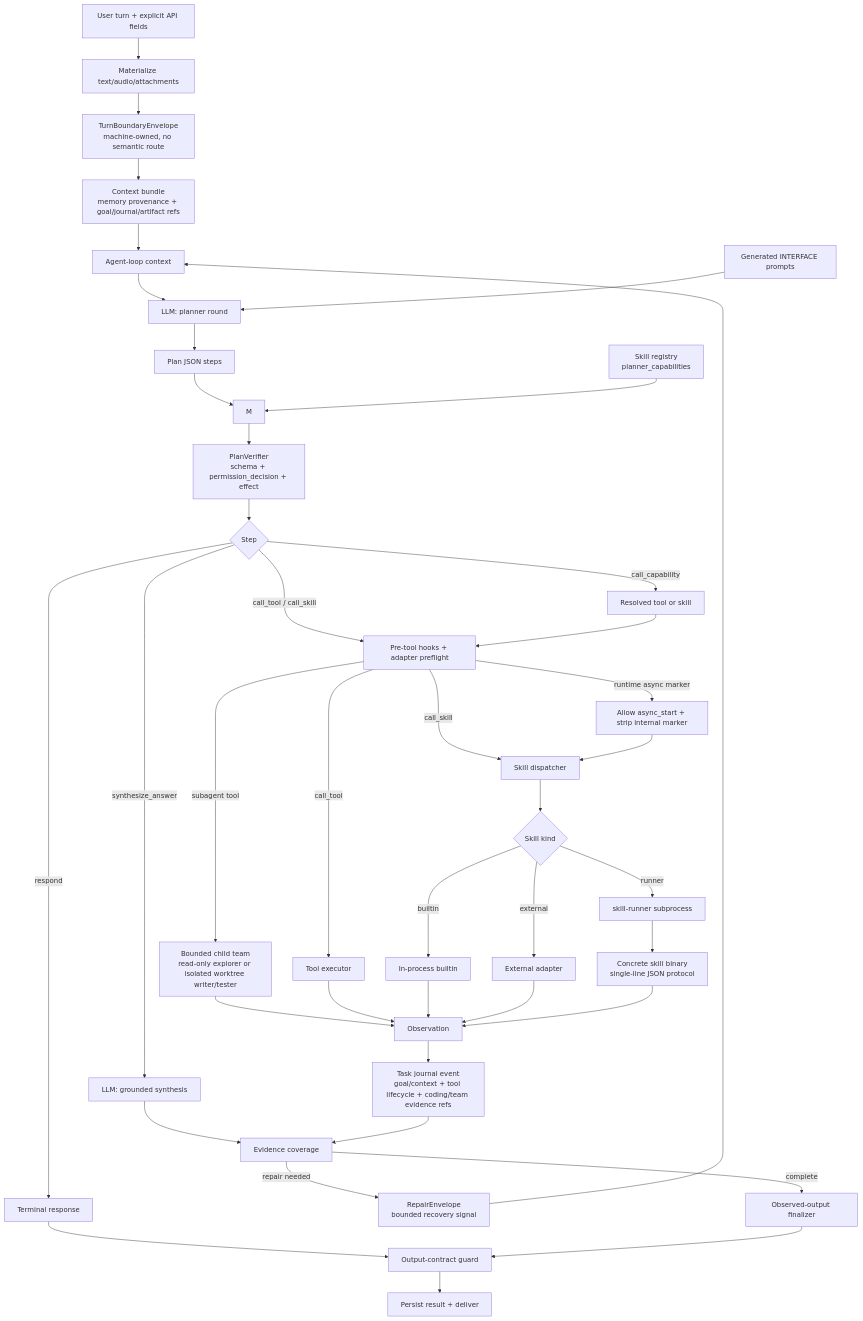
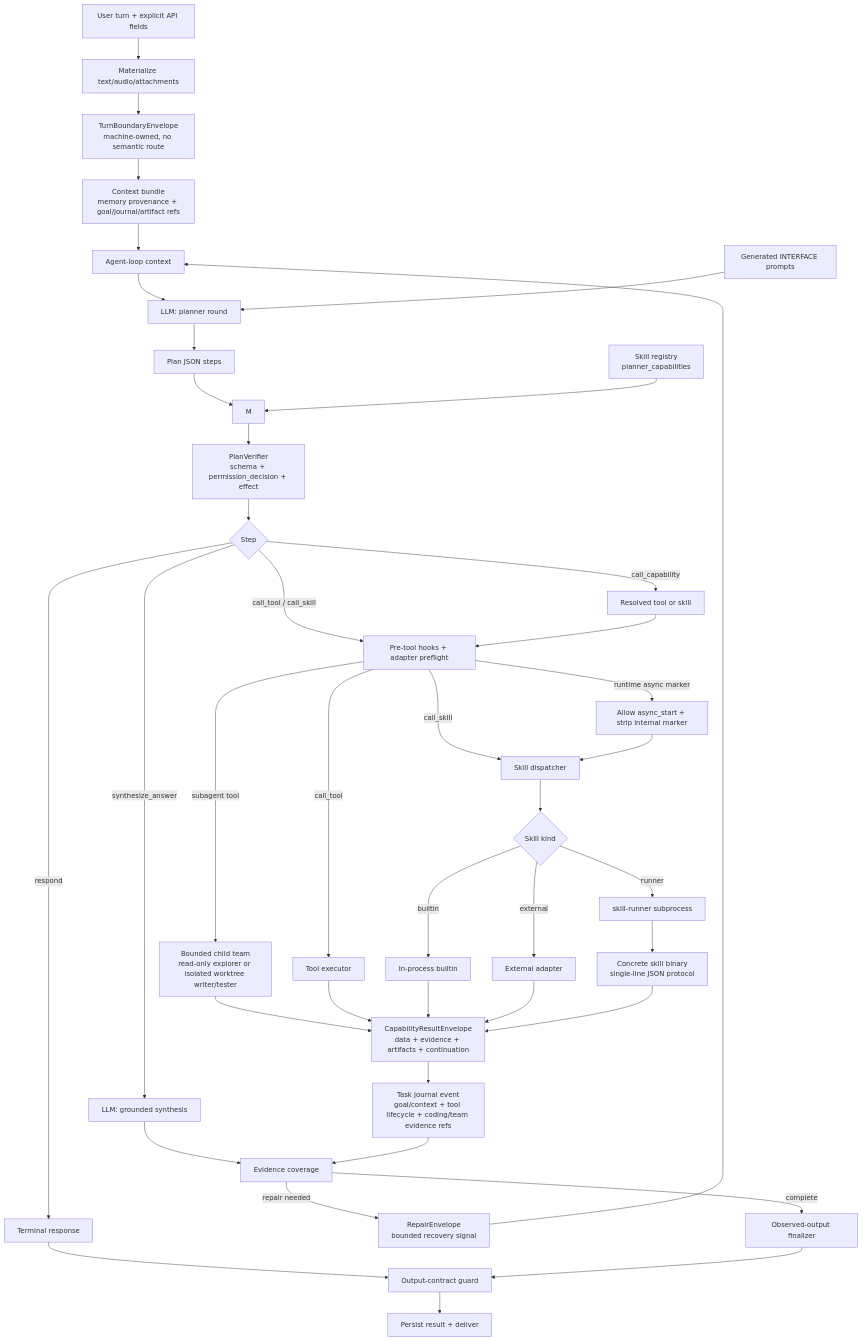
Before and after one commit to MatrixCoreX/RustClaw: the second of 17 diagrams in README.md, drawn with Mermaid. The commit also changed other lines of this file and 208 other files, not shown here.

````diff
--- a/README.md
+++ b/README.md
@@ -115,43 +115,43 @@
 ```mermaid
 flowchart TD
     A[User turn + explicit API fields] --> B[Materialize text/audio/attachments]
     B --> C[TurnBoundaryEnvelope<br/>machine-owned, no semantic route]
     C --> D[Context bundle<br/>memory provenance + goal/journal/artifact refs]
     D --> G[Agent-loop context]
     G --> K[LLM: planner round]
     K --> L[Plan JSON steps]
     L --> M
     N[Skill registry<br/>planner_capabilities] --> M
     O[Generated INTERFACE prompts] --> K
     M --> P[PlanVerifier<br/>schema + permission_decision + effect]
     P --> Q{Step}
     Q -->|call_capability| R[Resolved tool or skill]
     Q -->|call_tool / call_skill| QA[Pre-tool hooks + adapter preflight]
     R --> QA
     QA -->|runtime async marker| AR[Allow async_start + strip internal marker]
     QA -->|subagent tool| SS[Bounded child team<br/>read-only explorer or isolated worktree writer/tester]
     QA -->|call_tool| S[Tool executor]
     QA -->|call_skill| T[Skill dispatcher]
     AR --> T
     T --> U{Skill kind}
     U -->|builtin| V[In-process builtin]
     U -->|external| W[External adapter]
     U -->|runner| X[skill-runner subprocess]
     X --> Y[Concrete skill binary<br/>single-line JSON protocol]
     SS --> Z
-    S --> Z[Observation]
+    S --> Z[CapabilityResultEnvelope<br/>data + evidence + artifacts + continuation]
     V --> Z
     W --> Z
     Y --> Z
     Z --> ZEV[Task journal event<br/>goal/context + tool lifecycle + coding/team evidence refs]
     Q -->|synthesize_answer| ZA[LLM: grounded synthesis]
     Q -->|respond| ZB[Terminal response]
     ZA --> ZC[Evidence coverage]
     ZEV --> ZC
     ZC -->|repair needed| ZR[RepairEnvelope<br/>bounded recovery signal]
     ZR --> G
     ZC -->|complete| ZD[Observed-output finalizer]
     ZB --> ZE[Output-contract guard]
     ZD --> ZE
     ZE --> ZF[Persist result + deliver]
 ```
````
